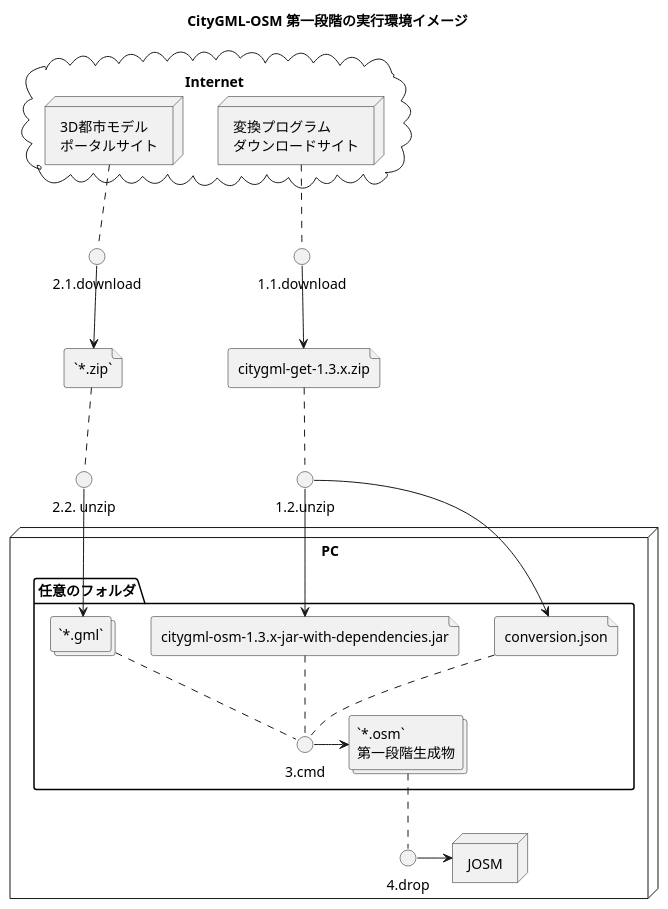
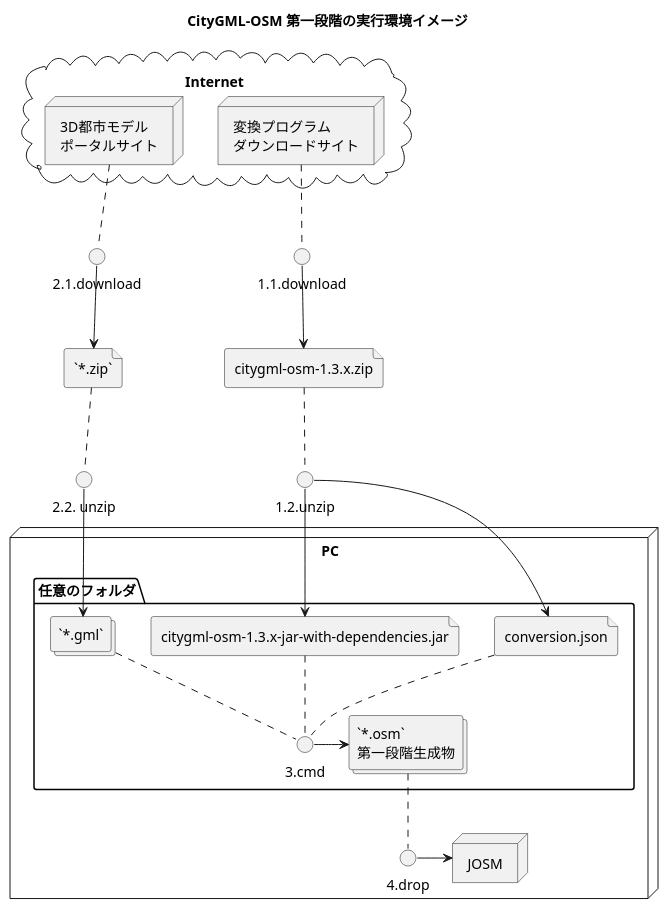
Before and after one commit to yuuhayashi/citygml-osm: the diagram in doc/startup.pu, drawn with PlantUML. The commit also changed 5 other files, not shown here.

```diff
--- a/doc/startup.pu
+++ b/doc/startup.pu
@@ -1,54 +1,54 @@
 @startuml
 title CityGML-OSM 第一段階の実行環境イメージ
 
 cloud Internet {
  node "3D都市モデル\nポータルサイト" as zipsite
  node "変換プログラム\nダウンロードサイト" as jarsite
 }
 
 () "1.1.download" as jardownload
 jarsite .. jardownload
 
-file "citygml-get-1.3.x.zip" as zip1
+file "citygml-osm-1.3.x.zip" as zip1
 
 () "1.2.unzip" as unzip1
 zip1 .. unzip1
 
 () "2.1.download" as zipdownload
 zipsite .. zipdownload
 
 file "`*.zip`" as zip2
 
 () "2.2. unzip" as unzip2
 zip2 .. unzip2
 
 node PC {
 
  folder 任意のフォルダ {
   file "conversion.json" as json
   file "citygml-osm-1.3.x-jar-with-dependencies.jar" as jar
   unzip1 --> jar
   unzip1 --> json
   collections "`*.gml`" as gml
  
   unzip2 --> gml
   () "3.cmd" as cmd
  
   collections "`*.osm`\n第一段階生成物" as osm
  }
 
  node JOSM
  () "4.drop" as drop
 
 }
 
 jardownload --> zip1
 zipdownload --> zip2
 
 jar .. cmd
 json .. cmd
 gml .. cmd
 cmd -> osm
 osm .. drop
 drop -> JOSM
 @enduml
```
